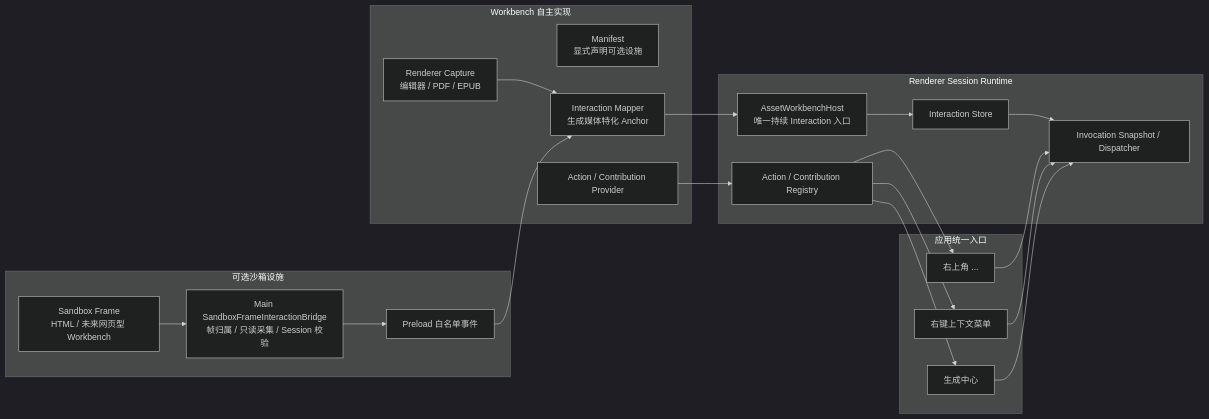
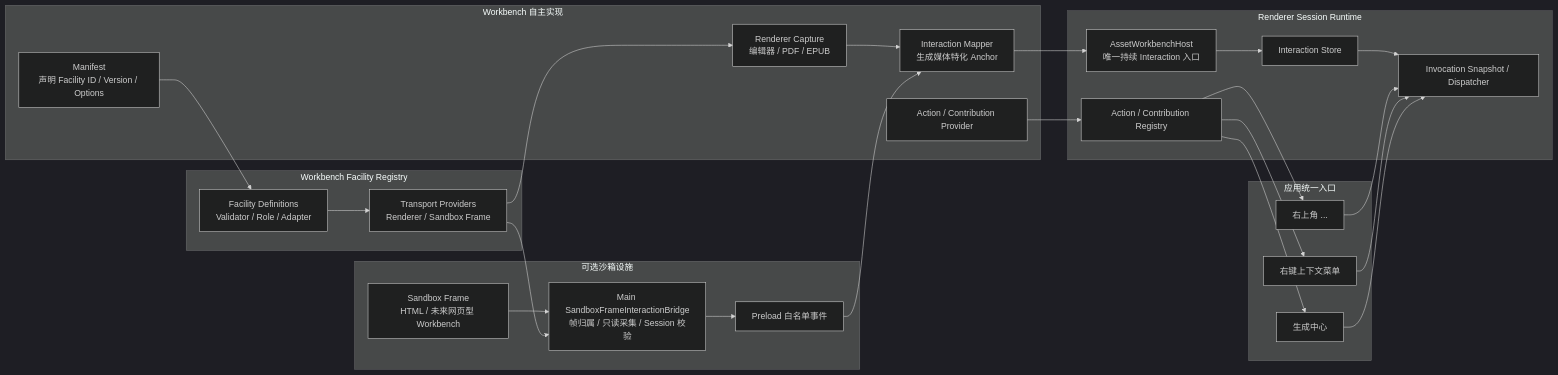
Before and after one commit to wu-tian807/learning-companion: the diagram in docs/superpowers/specs/2026-07-29-workbench-interaction-facilities-design.md, drawn with Mermaid (dark theme). The commit also changed other lines of this file, not shown here.

Commit message:
文档：扩展 Workbench 交互设施模型

````diff
--- a/docs/superpowers/specs/2026-07-29-workbench-interaction-facilities-design.md
+++ b/docs/superpowers/specs/2026-07-29-workbench-interaction-facilities-design.md
@@ -98,41 +109,50 @@
 ```mermaid
 flowchart LR
     subgraph WB["Workbench 自主实现"]
-        MANIFEST["Manifest<br/>显式声明可选设施"]
+        MANIFEST["Manifest<br/>声明 Facility ID / Version / Options"]
         LOCAL["Renderer Capture<br/>编辑器 / PDF / EPUB"]
         MAPPER["Interaction Mapper<br/>生成媒体特化 Anchor"]
         PROVIDER["Action / Contribution Provider"]
+    end
+
+    subgraph FACILITIES["Workbench Facility Registry"]
+        DEFINITIONS["Facility Definitions<br/>Validator / Role / Adapter"]
+        TRANSPORTS["Transport Providers<br/>Renderer / Sandbox Frame"]
     end
 
     subgraph SANDBOX["可选沙箱设施"]
         FRAME["Sandbox Frame<br/>HTML / 未来网页型 Workbench"]
         BRIDGE["Main SandboxFrameInteractionBridge<br/>帧归属 / 只读采集 / Session 校验"]
         PRELOAD["Preload 白名单事件"]
     end
 
     subgraph RUNTIME["Renderer Session Runtime"]
         HOSTINGRESS["AssetWorkbenchHost<br/>唯一持续 Interaction 入口"]
         STORE["Interaction Store"]
         REGISTRY["Action / Contribution Registry"]
         INVOKE["Invocation Snapshot / Dispatcher"]
     end
 
     subgraph SURFACE["应用统一入口"]
         OVERFLOW["右上角 ..."]
         CONTEXT["右键上下文菜单"]
         GENERATION["生成中心"]
     end
 
     LOCAL --> MAPPER
     FRAME --> BRIDGE --> PRELOAD --> MAPPER
     MAPPER --> HOSTINGRESS --> STORE
     PROVIDER --> REGISTRY
+    MANIFEST --> DEFINITIONS
+    DEFINITIONS --> TRANSPORTS
+    TRANSPORTS --> LOCAL
+    TRANSPORTS --> BRIDGE
 
     STORE --> INVOKE
     REGISTRY --> OVERFLOW
     REGISTRY --> CONTEXT
     REGISTRY --> GENERATION
     OVERFLOW --> INVOKE
     CONTEXT --> INVOKE
     GENERATION --> INVOKE
 ```
````
